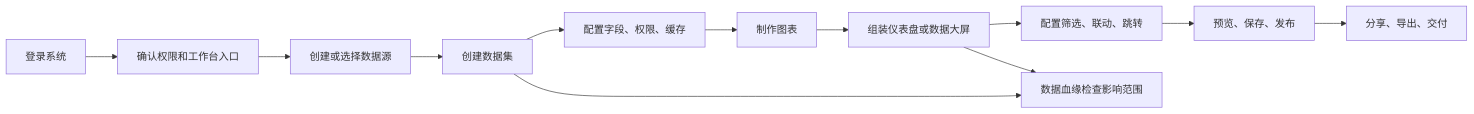
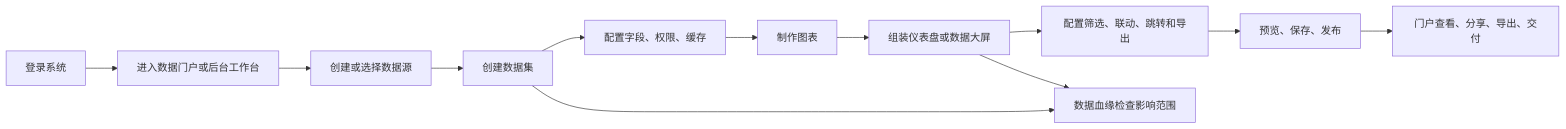
Before and after one commit to sevoniva/sevoniva.github.io: the diagram in content/docs/crest/user-guide/index.mdx, drawn with Mermaid. The commit also changed other lines of this file and 27 other files, not shown here.

````diff
--- a/content/docs/crest/user-guide/index.mdx
+++ b/content/docs/crest/user-guide/index.mdx
@@ -16,14 +16,14 @@
 ```mermaid
 flowchart LR
-  A["登录系统"] --> B["确认权限和工作台入口"]
+  A["登录系统"] --> B["进入数据门户或后台工作台"]
   B --> C["创建或选择数据源"]
   C --> D["创建数据集"]
   D --> E["配置字段、权限、缓存"]
   E --> F["制作图表"]
   F --> G["组装仪表盘或数据大屏"]
-  G --> H["配置筛选、联动、跳转"]
+  G --> H["配置筛选、联动、跳转和导出"]
   H --> I["预览、保存、发布"]
-  I --> J["分享、导出、交付"]
+  I --> J["门户查看、分享、导出、交付"]
   D --> K["数据血缘检查影响范围"]
   G --> K
 ```
````
